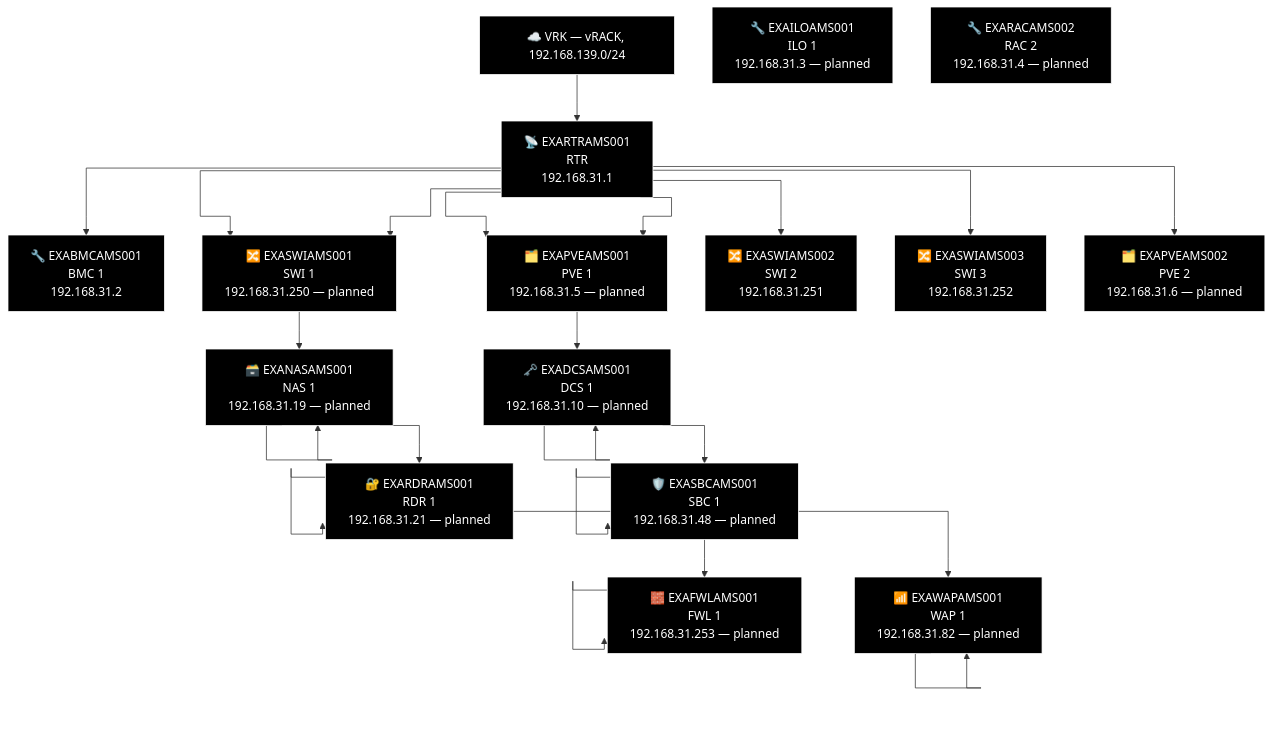
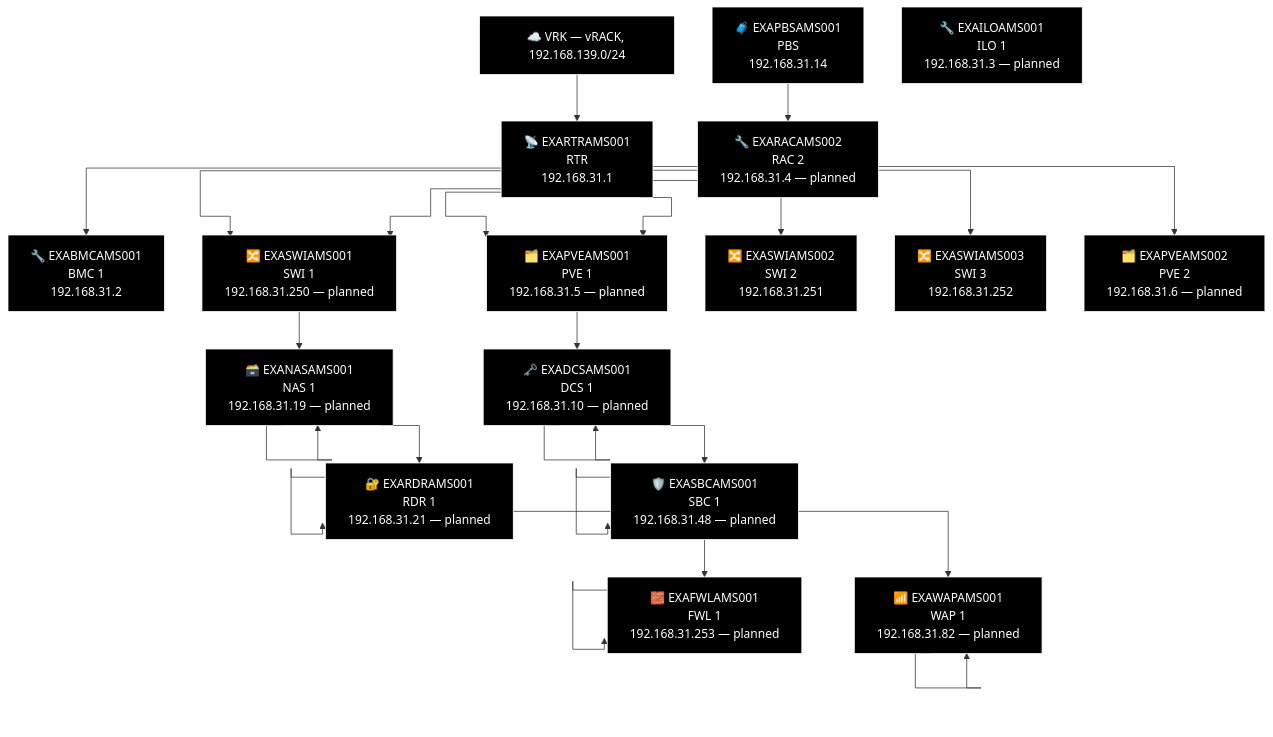
One commit to knightmare2600/example_music_infra changed the second of 2 diagrams in docs/network-diagram/nederland.md. Above: the diagram before and after it, drawn with Mermaid. The commit also changed 14 other files, not shown here.

First line of the commit message:
docs/network-diagram: regenerate, every site was missing its PBS node

````diff
--- a/docs/network-diagram/nederland.md
+++ b/docs/network-diagram/nederland.md
@@ -31,65 +31,68 @@
 ```mermaid
 %% GENERATED:TOPOLOGY:AMS:START
 %%{init: {'flowchart': {'curve': 'stepAfter'}}}%%
 graph TD
     T_VRK["☁️ VRK — vRACK, 192.168.139.0/24"]
     T_RTR["📡 EXARTRAMS001<br/>RTR<br/>192.168.31.1"]
     T_VRK --> T_RTR
     T_BMC["🔧 EXABMCAMS001<br/>BMC 1<br/>192.168.31.2"]
     T_RTR --> T_BMC
     T_PVE["🗂️ EXAPVEAMS001<br/>PVE 1<br/>192.168.31.5"]
     T_RTR --> T_PVE
     T_SWI["🔀 EXASWIAMS001<br/>SWI 1<br/>192.168.31.250"]
     T_RTR --> T_SWI
     T_SWI2["🔀 EXASWIAMS002<br/>SWI 2<br/>192.168.31.251"]
     T_RTR --> T_SWI2
     T_SWI3["🔀 EXASWIAMS003<br/>SWI 3<br/>192.168.31.252"]
     T_RTR --> T_SWI3
     T_SWI["🔀 EXASWIAMS001<br/>SWI 1<br/>192.168.31.250 — planned"]
     T_RTR --> T_SWI
     T_PVE["🗂️ EXAPVEAMS001<br/>PVE 1<br/>192.168.31.5 — planned"]
     T_RTR --> T_PVE
     T_PVE2["🗂️ EXAPVEAMS002<br/>PVE 2<br/>192.168.31.6 — planned"]
     T_RTR --> T_PVE2
     T_NAS["🗃️ EXANASAMS001<br/>NAS<br/>192.168.31.19"]
     T_NAS["🗃️ EXANASAMS001<br/>NAS 1<br/>192.168.31.19 — planned"]
     T_RDR["🔐 EXARDRAMS001<br/>RDR<br/>192.168.31.21"]
     T_RDR["🔐 EXARDRAMS001<br/>RDR 1<br/>192.168.31.21 — planned"]
     T_WAP["📶 EXAWAPAMS001<br/>WAP 1<br/>192.168.31.82"]
     T_WAP["📶 EXAWAPAMS001<br/>WAP 1<br/>192.168.31.82 — planned"]
     T_SWI --> T_NAS --> T_NAS --> T_RDR --> T_RDR --> T_WAP --> T_WAP
     T_DCS["🗝️ EXADCSAMS001<br/>DCS 1<br/>192.168.31.10"]
     T_DCS["🗝️ EXADCSAMS001<br/>DCS 1<br/>192.168.31.10 — planned"]
     T_SBC["🛡️ EXASBCAMS001<br/>SBC<br/>192.168.31.48"]
     T_SBC["🛡️ EXASBCAMS001<br/>SBC 1<br/>192.168.31.48 — planned"]
     T_FWL["🧱 EXAFWLAMS001<br/>LAN Face<br/>192.168.31.253"]
     T_FWL["🧱 EXAFWLAMS001<br/>FWL 1<br/>192.168.31.253 — planned"]
     T_PVE --> T_DCS --> T_DCS --> T_SBC --> T_SBC --> T_FWL --> T_FWL
+    T_PBS["🧳 EXAPBSAMS001<br/>PBS<br/>192.168.31.14"]
     T_ILO["🔧 EXAILOAMS001<br/>ILO 1<br/>192.168.31.3 — planned"]
     T_RAC["🔧 EXARACAMS002<br/>RAC 2<br/>192.168.31.4 — planned"]
+    T_PBS --> T_RAC
     style T_VRK fill:#000000,stroke:#FFFFFF,color:#FFFFFF
     style T_RTR fill:#000000,stroke:#FFFFFF,color:#FFFFFF
     style T_BMC fill:#000000,stroke:#FFFFFF,color:#FFFFFF
     style T_PVE fill:#000000,stroke:#FFFFFF,color:#FFFFFF
     style T_SWI fill:#000000,stroke:#FFFFFF,color:#FFFFFF
     style T_SWI2 fill:#000000,stroke:#FFFFFF,color:#FFFFFF
     style T_SWI3 fill:#000000,stroke:#FFFFFF,color:#FFFFFF
     style T_SWI fill:#000000,stroke:#FFFFFF,color:#FFFFFF
     style T_PVE fill:#000000,stroke:#FFFFFF,color:#FFFFFF
     style T_PVE2 fill:#000000,stroke:#FFFFFF,color:#FFFFFF
     style T_NAS fill:#000000,stroke:#FFFFFF,color:#FFFFFF
     style T_NAS fill:#000000,stroke:#FFFFFF,color:#FFFFFF
     style T_RDR fill:#000000,stroke:#FFFFFF,color:#FFFFFF
     style T_RDR fill:#000000,stroke:#FFFFFF,color:#FFFFFF
     style T_WAP fill:#000000,stroke:#FFFFFF,color:#FFFFFF
     style T_WAP fill:#000000,stroke:#FFFFFF,color:#FFFFFF
     style T_DCS fill:#000000,stroke:#FFFFFF,color:#FFFFFF
     style T_DCS fill:#000000,stroke:#FFFFFF,color:#FFFFFF
     style T_SBC fill:#000000,stroke:#FFFFFF,color:#FFFFFF
     style T_SBC fill:#000000,stroke:#FFFFFF,color:#FFFFFF
     style T_FWL fill:#000000,stroke:#FFFFFF,color:#FFFFFF
     style T_FWL fill:#000000,stroke:#FFFFFF,color:#FFFFFF
+    style T_PBS fill:#000000,stroke:#FFFFFF,color:#FFFFFF
     style T_ILO fill:#000000,stroke:#FFFFFF,color:#FFFFFF
     style T_RAC fill:#000000,stroke:#FFFFFF,color:#FFFFFF
 %% GENERATED:TOPOLOGY:AMS:END
 ```
````
